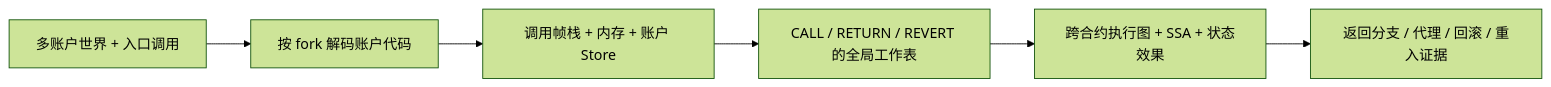
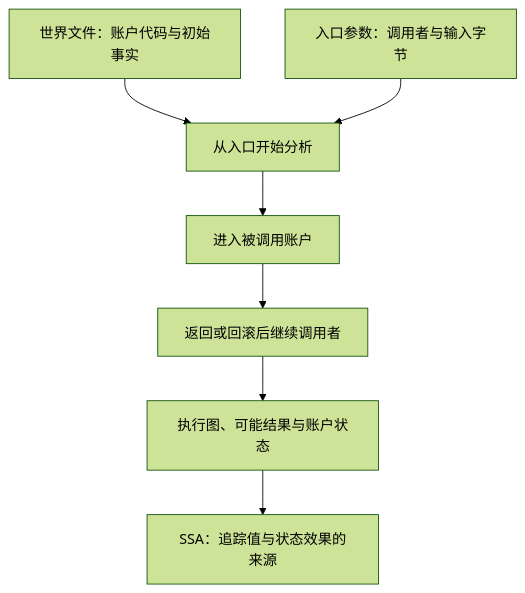
One commit to ethever/evm-abstract-lab changed the diagram in README.md. Above: the diagram before and after it, drawn with Mermaid (forest theme). The commit also changed other lines of this file and 13 other files, not shown here.

````diff
--- a/README.md
+++ b/README.md
@@ -7,8 +63,9 @@
 ```mermaid
-flowchart LR
-    A[多账户世界 + 入口调用] --> B[按 fork 解码账户代码]
-    B --> C[调用帧栈 + 内存 + 账户 Store]
-    C --> D[CALL / RETURN / REVERT 的全局工作表]
-    D --> E[跨合约执行图 + SSA + 状态效果]
-    E --> F[返回分支 / 代理 / 回滚 / 重入证据]
+flowchart TD
+    A[世界文件：账户代码与初始事实] --> C[从入口开始分析]
+    B[入口参数：调用者与输入字节] --> C
+    C --> D[进入被调用账户]
+    D --> E[返回或回滚后继续调用者]
+    E --> F[执行图、可能结果与账户状态]
+    F --> G[SSA：追踪值与状态效果的来源]
 ```
````
